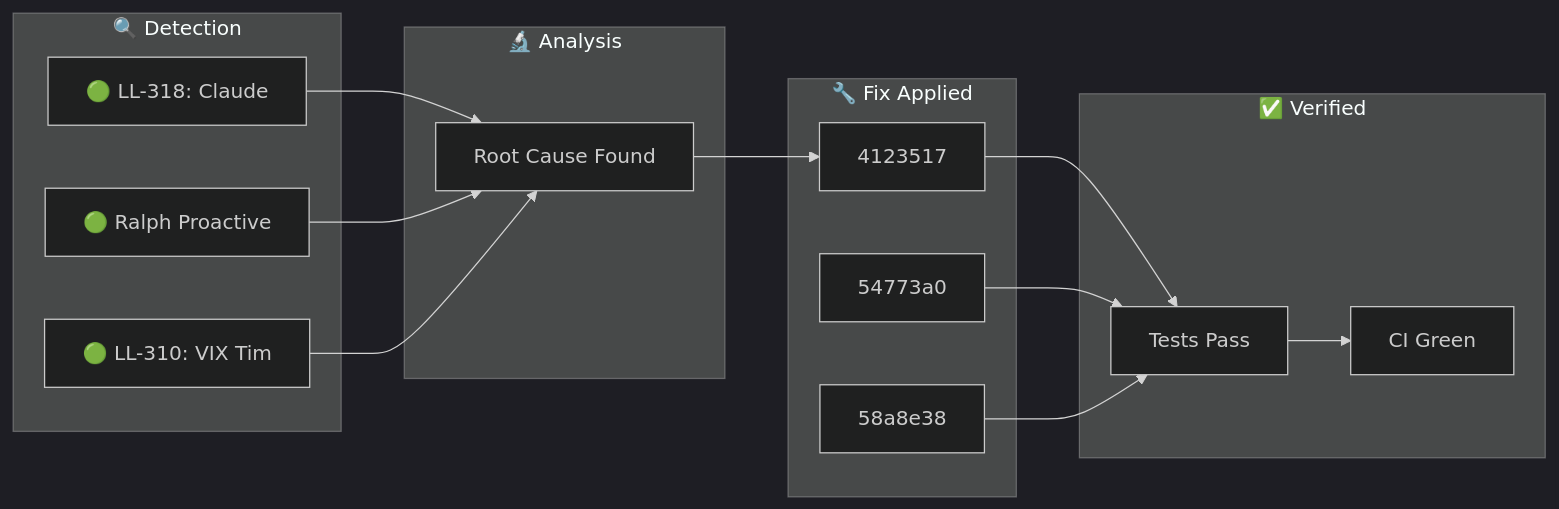
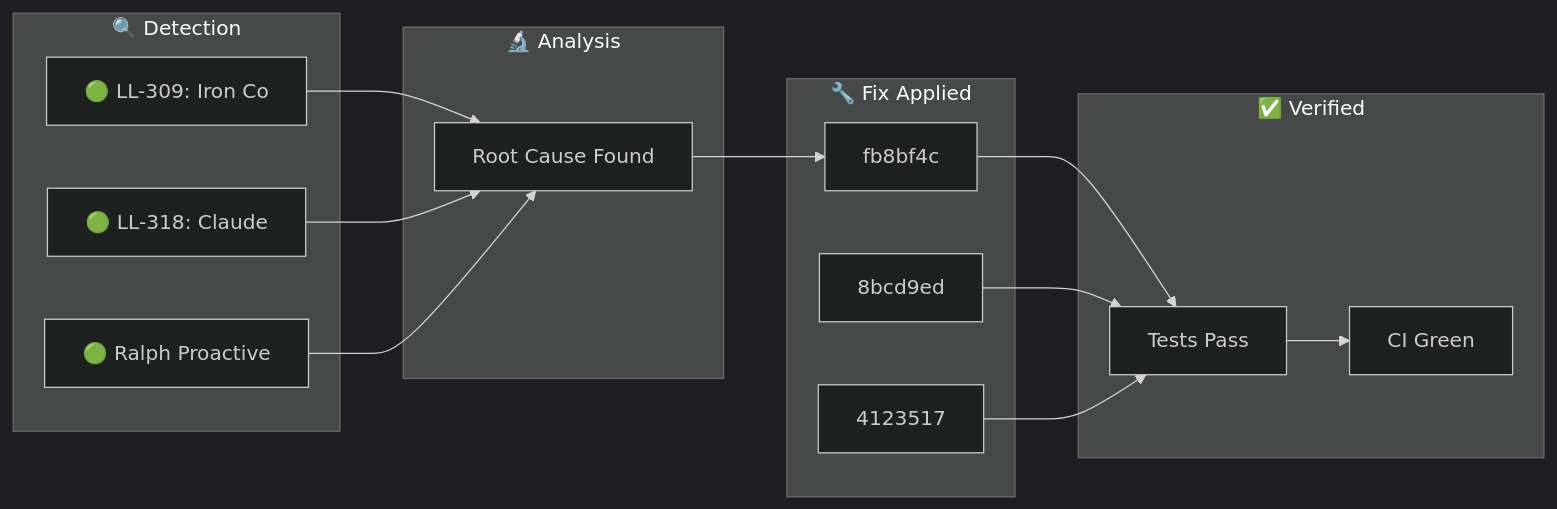
The diagram in docs/_posts/2026-01-28-ralph-discovery.md (YoByron/trading), drawn with Mermaid (dark theme) before and after one commit. The commit also changed other lines of this file, not shown here.

Commit message:
docs(ralph): Auto-publish discovery blog post

````diff
--- a/docs/_posts/2026-01-28-ralph-discovery.md
+++ b/docs/_posts/2026-01-28-ralph-discovery.md
@@ -17,28 +17,28 @@
 ```mermaid
 flowchart LR
     subgraph Detection["🔍 Detection"]
-        D1["🟢 LL-318: Claude "]
-        D2["🟢 Ralph Proactive"]
-        D3["🟢 LL-310: VIX Tim"]
+        D1["🟢 LL-309: Iron Co"]
+        D2["🟢 LL-318: Claude "]
+        D3["🟢 Ralph Proactive"]
     end
     subgraph Analysis["🔬 Analysis"]
         A1["Root Cause Found"]
     end
     subgraph Fix["🔧 Fix Applied"]
-        F1["4123517"]
-        F2["54773a0"]
-        F3["58a8e38"]
+        F1["fb8bf4c"]
+        F2["8bcd9ed"]
+        F3["4123517"]
     end
     subgraph Verify["✅ Verified"]
         V1["Tests Pass"]
         V2["CI Green"]
     end
     D1 --> A1
     D2 --> A1
     D3 --> A1
     A1 --> F1
     F1 --> V1
     F2 --> V1
     F3 --> V1
     V1 --> V2
 ```
````
